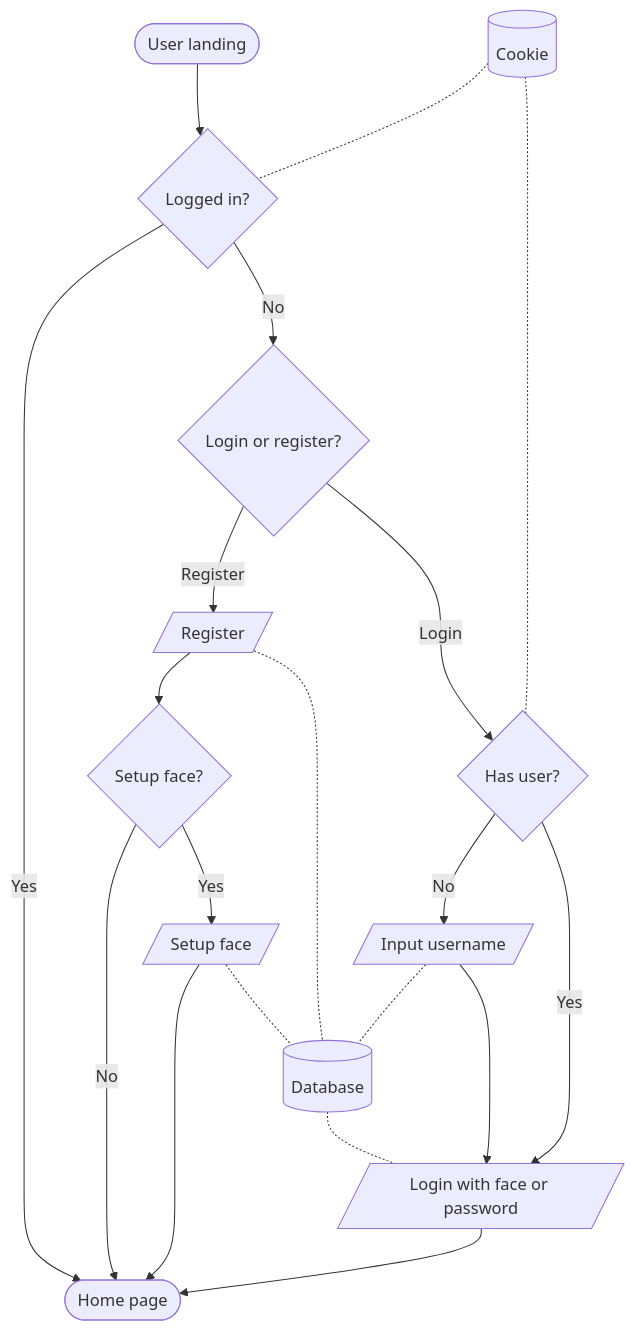
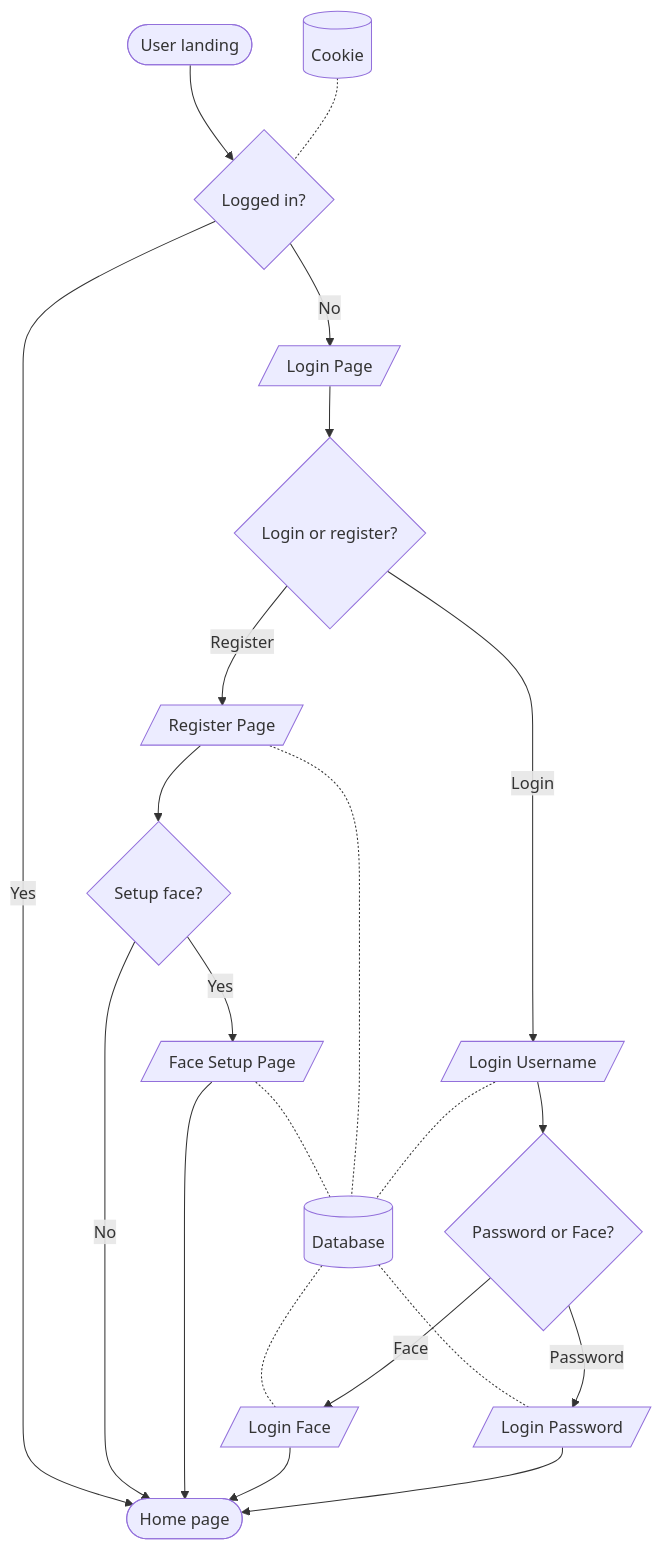
One commit to LioQing/comp3278-icms changed the first of 2 diagrams in README.md. Above: the diagram before and after it, drawn with Mermaid. The commit also changed other lines of this file, not shown here.

Commit message:
Update diagrams

````diff
--- a/README.md
+++ b/README.md
@@ -47,30 +47,32 @@
 ```mermaid
 flowchart TD
     landing([User landing]) --> loggedIn{Logged in?}
 
     loggedIn -- Yes --> home([Home page])
-    loggedIn -- No --> loginOrRegister{Login or register?}
+    loggedIn -- No --> loginPage[/Login Page/]
+    loginPage --> loginOrRegister{Login or register?}
 
-    loginOrRegister -- Login --> hasUser{Has user?}
-    loginOrRegister -- Register --> register[/Register/]
+    loginOrRegister -- Login --> inputUsername[/Login Username/]
+    loginOrRegister -- Register --> register[/Register Page/]
     
     database[(Database)]
     setupFace -.- database
     register -.- database
     database -.- login
+    database -.- loginFace
     inputUsername -.- database
 
-    hasUser -- No --> inputUsername[/Input username/]
-    inputUsername --> login
-    hasUser -- Yes --> login[/Login with face or password/]
+    inputUsername --> pof{Password or Face?}
+    pof -- Password --> login[/Login Password/]
+    pof -- Face --> loginFace[/Login Face/]
 
     register --> setupFaceQ{Setup face?}
-    setupFaceQ -- Yes --> setupFace[/Setup face/]
+    setupFaceQ -- Yes --> setupFace[/Face Setup Page/]
     setupFaceQ -- No --> home
     setupFace --> home
 
     cookie[(Cookie)] -.- loggedIn
-    cookie -.- hasUser
 
+    loginFace --> home
     login --> home
 ```
````
